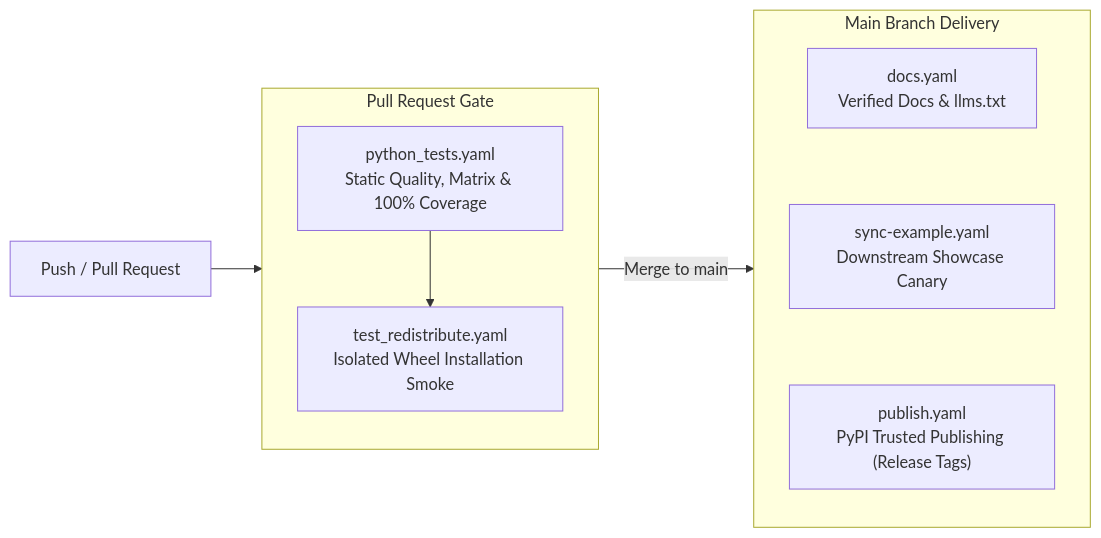
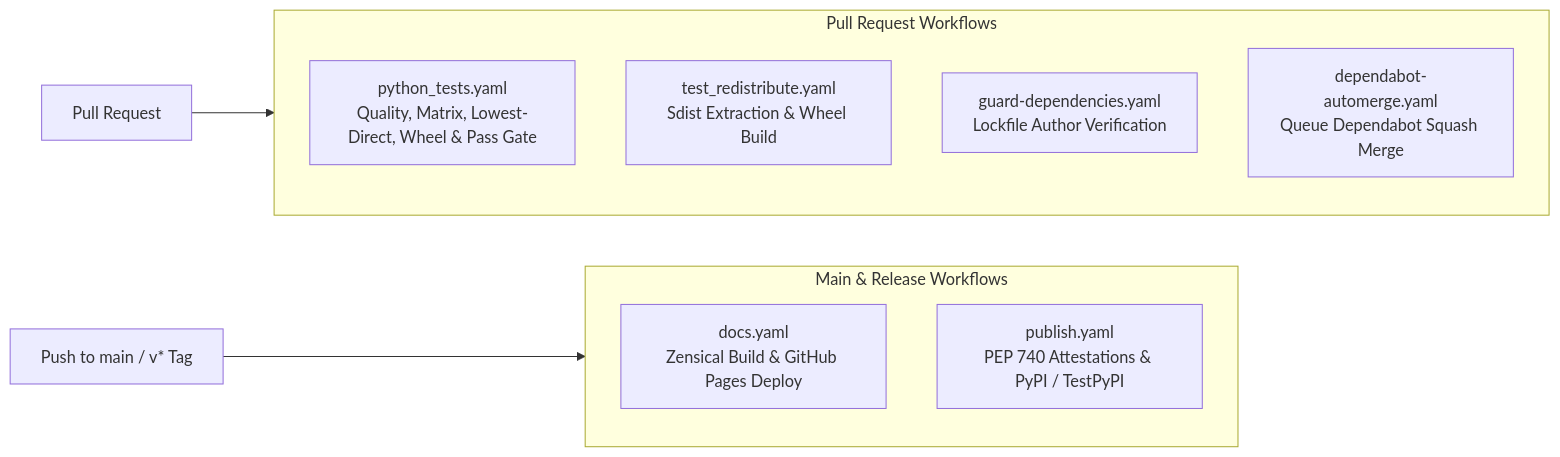
One commit to bwrob/zenith changed the diagram in docs/ci-actions.md. Above: the diagram before and after it, drawn with Mermaid. The commit also changed other lines of this file and 4 other files, not shown here.

First line of the commit message:
docs(ci): document pass-gate auto-merge requirement and hide landing title (#22)

````diff
--- a/docs/ci-actions.md
+++ b/docs/ci-actions.md
@@ -15,20 +23,19 @@
 ```mermaid
 flowchart LR
-    Code["Push / Pull Request"] --> PR
-    PR -->|Merge to main| Main
+    PR_Event["Pull Request"] --> PR
+    Push_Event["Push to main / v* Tag"] --> Main
 
-    subgraph PR["Pull Request Gate"]
+    subgraph PR["Pull Request Workflows"]
         direction TB
-        Tests["python_tests.yaml<br/>Static Quality, Matrix & 100% Coverage"]
-        Smoke["test_redistribute.yaml<br/>Isolated Wheel Installation Smoke"]
-        Tests --> Smoke
+        Tests["python_tests.yaml<br/>Quality, Matrix, Lowest-Direct, Wheel & Pass Gate"]
+        Sdist["test_redistribute.yaml<br/>Sdist Extraction & Wheel Build"]
+        Guard["guard-dependencies.yaml<br/>Lockfile Author Verification"]
+        AutoMerge["dependabot-automerge.yaml<br/>Queue Dependabot Squash Merge"]
     end
 
-    subgraph Main["Main Branch Delivery"]
+    subgraph Main["Main & Release Workflows"]
         direction TB
-        Docs["docs.yaml<br/>Verified Docs & llms.txt"]
-        Sync["sync-example.yaml<br/>Downstream Showcase Canary"]
-        Pub["publish.yaml<br/>PyPI Trusted Publishing (Release Tags)"]
-        Docs ~~~ Sync ~~~ Pub
+        Docs["docs.yaml<br/>Zensical Build & GitHub Pages Deploy"]
+        Pub["publish.yaml<br/>PEP 740 Attestations & PyPI / TestPyPI"]
     end
 ```
````
